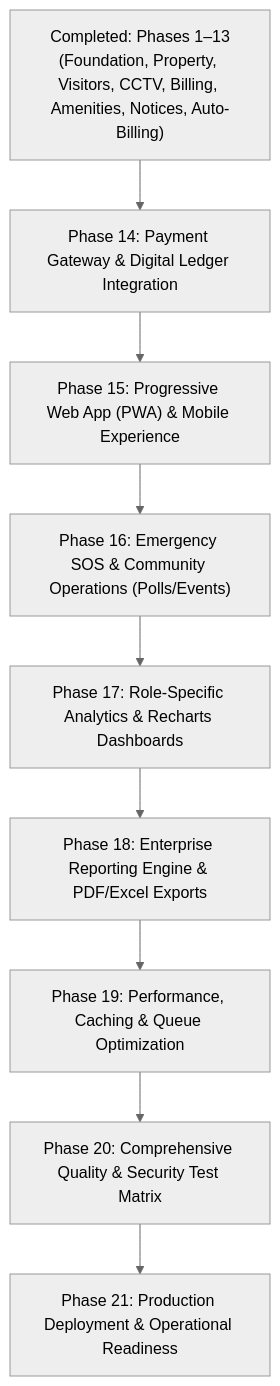
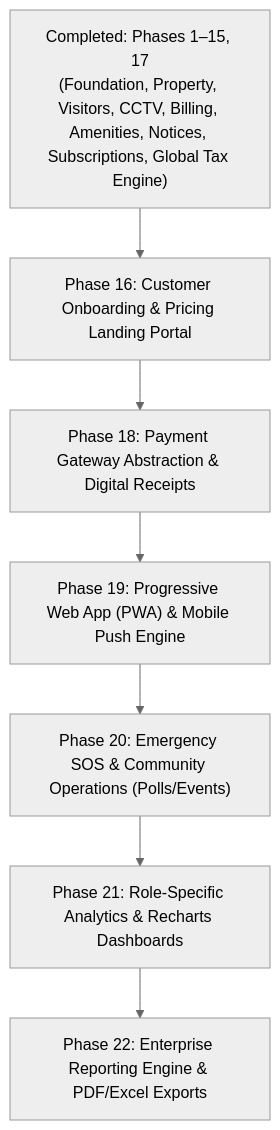
One commit to developer-somnath/sociosphere changed the diagram in docs/mdr_roadmap_architecture_and_pwa_audit.md. Above: the diagram before and after it, drawn with Mermaid (neutral theme). The commit also changed other lines of this file and 226 other files, not shown here.

First line of the commit message:
feat: S4 platform & scale — PWA, payment gateway abstraction, reporting engine

````diff
--- a/docs/mdr_roadmap_architecture_and_pwa_audit.md
+++ b/docs/mdr_roadmap_architecture_and_pwa_audit.md
@@ -47,11 +44,9 @@
 ```mermaid
 flowchart TD
-    P1_13["Completed: Phases 1–13\n(Foundation, Property, Visitors, CCTV, Billing, Amenities, Notices, Auto-Billing)"] --> P14["Phase 14: Payment Gateway & Digital Ledger Integration"]
-    P14 --> P15["Phase 15: Progressive Web App (PWA) & Mobile Experience"]
-    P15 --> P16["Phase 16: Emergency SOS & Community Operations (Polls/Events)"]
-    P16 --> P17["Phase 17: Role-Specific Analytics & Recharts Dashboards"]
-    P17 --> P18["Phase 18: Enterprise Reporting Engine & PDF/Excel Exports"]
-    P18 --> P19["Phase 19: Performance, Caching & Queue Optimization"]
-    P19 --> P20["Phase 20: Comprehensive Quality & Security Test Matrix"]
-    P20 --> P21["Phase 21: Production Deployment & Operational Readiness"]
+    P1_15["Completed: Phases 1–15, 17\n(Foundation, Property, Visitors, CCTV, Billing, Amenities, Notices, Subscriptions, Global Tax Engine)"] --> P16["Phase 16: Customer Onboarding & Pricing Landing Portal"]
+    P16 --> P18["Phase 18: Payment Gateway Abstraction & Digital Receipts"]
+    P18 --> P19["Phase 19: Progressive Web App (PWA) & Mobile Push Engine"]
+    P19 --> P20["Phase 20: Emergency SOS & Community Operations (Polls/Events)"]
+    P20 --> P21["Phase 21: Role-Specific Analytics & Recharts Dashboards"]
+    P21 --> P22["Phase 22: Enterprise Reporting Engine & PDF/Excel Exports"]
 ```
````
